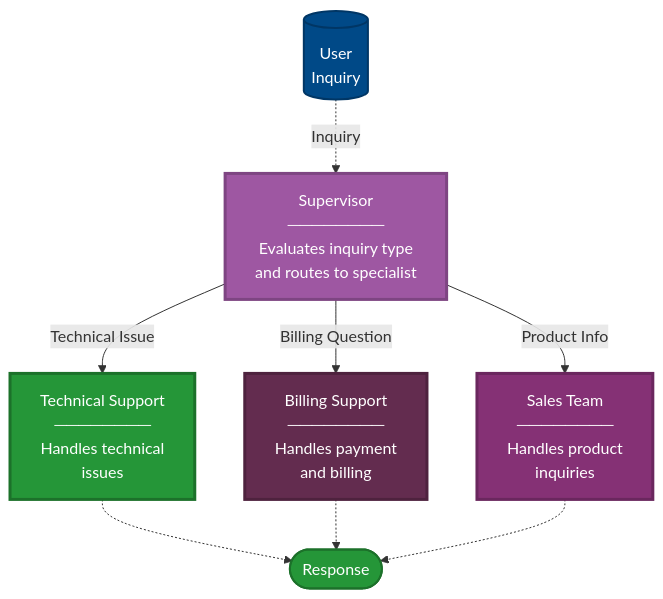
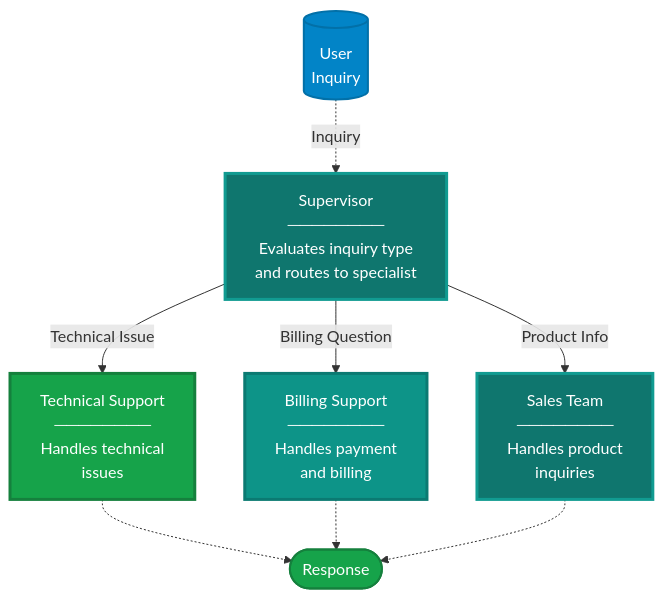
One commit to nitin27may/ai-resources changed the third of 6 diagrams in docs/patterns/design-patterns.md. Above: the diagram before and after it, drawn with Mermaid. The commit also changed other lines of this file and 84 other files, not shown here.

````diff
--- a/docs/patterns/design-patterns.md
+++ b/docs/patterns/design-patterns.md
@@ -150,24 +149,24 @@
 ```mermaid
 flowchart TD
     User[("User<br/>Inquiry")]
     Supervisor["Supervisor<br/>────────<br/>Evaluates inquiry type<br/>and routes to specialist"]
     Tech["Technical Support<br/>────────<br/>Handles technical<br/>issues"]
     Billing["Billing Support<br/>────────<br/>Handles payment<br/>and billing"]
     Sales["Sales Team<br/>────────<br/>Handles product<br/>inquiries"]
     End([Response])
     
     User -.->|Inquiry| Supervisor
     Supervisor -->|Technical Issue| Tech
     Supervisor -->|Billing Question| Billing
     Supervisor -->|Product Info| Sales
     Tech -.-> End
     Billing -.-> End
     Sales -.-> End
     
-    style User fill:#004987,stroke:#003665,stroke-width:2px,color:#fff
-    style Supervisor fill:#9E57A2,stroke:#7E4582,stroke-width:3px,color:#fff
-    style Tech fill:#259638,stroke:#1C712A,stroke-width:3px,color:#fff
-    style Billing fill:#632C4F,stroke:#4E223E,stroke-width:3px,color:#fff
-    style Sales fill:#853175,stroke:#6A275E,stroke-width:3px,color:#fff
-    style End fill:#259638,stroke:#1C712A,stroke-width:2px,color:#fff
+    style User fill:#0284c7,stroke:#0270a8,stroke-width:2px,color:#fff
+    style Supervisor fill:#0f766e,stroke:#119b91,stroke-width:3px,color:#fff
+    style Tech fill:#16a34a,stroke:#15803d,stroke-width:3px,color:#fff
+    style Billing fill:#0d9488,stroke:#0b7a72,stroke-width:3px,color:#fff
+    style Sales fill:#0f766e,stroke:#119b91,stroke-width:3px,color:#fff
+    style End fill:#16a34a,stroke:#15803d,stroke-width:2px,color:#fff
 ```
````
